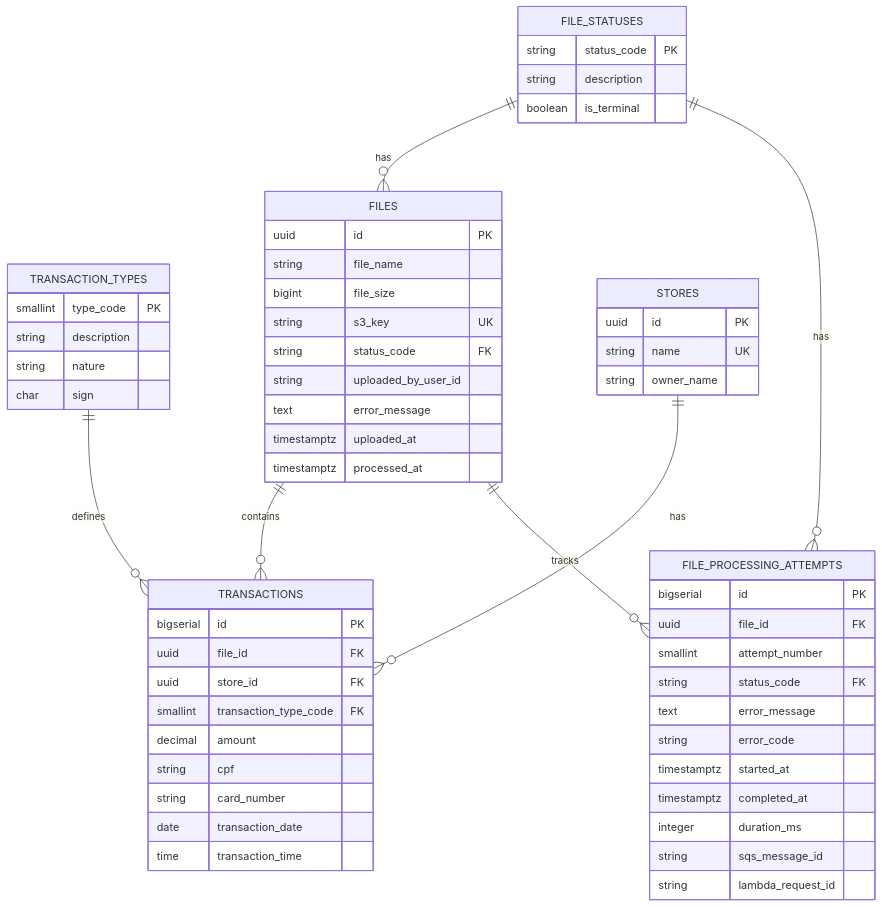
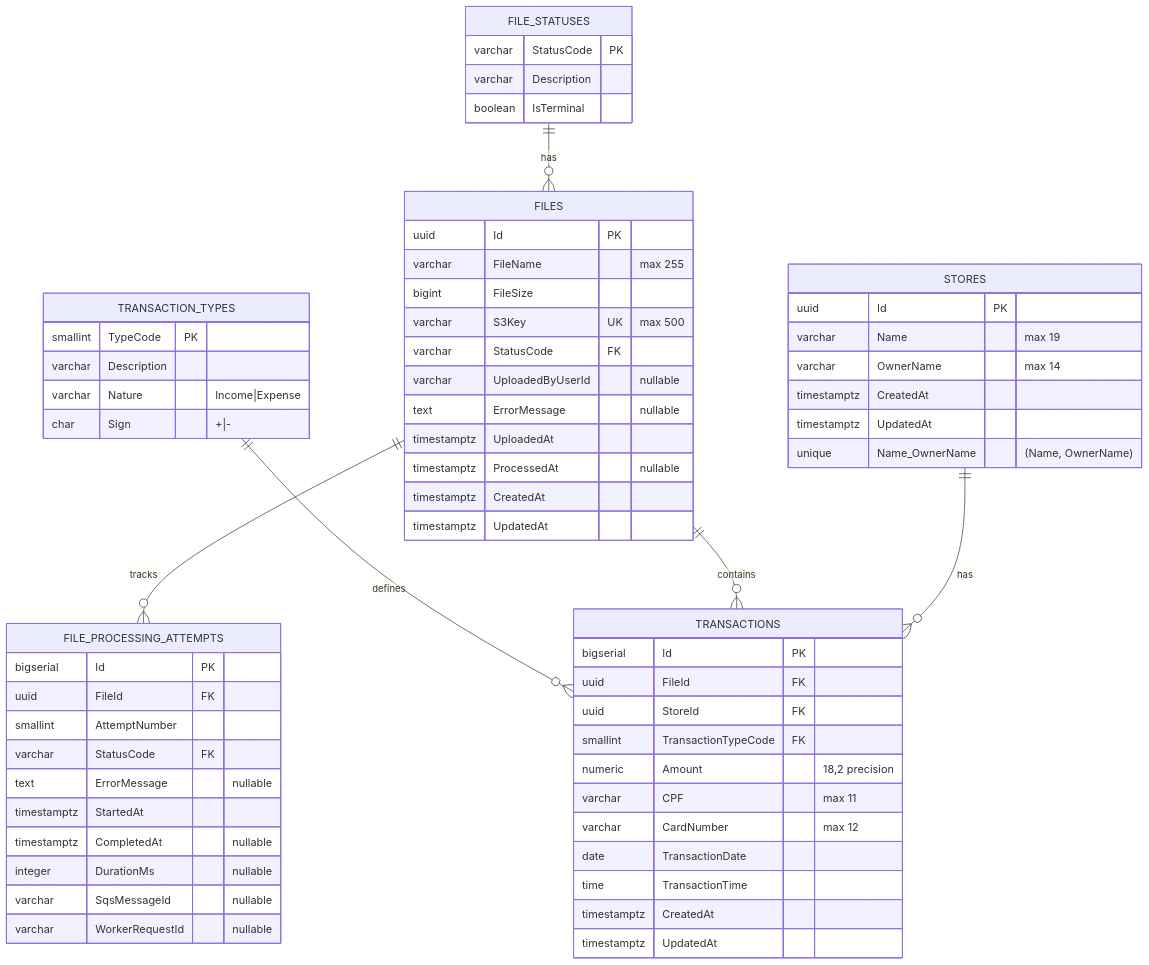
One commit to 1FabricioAntunes/backend-challenge changed the diagram in docs/database.md. Above: the diagram before and after it, drawn with Mermaid. The commit also changed other lines of this file, not shown here.

First line of the commit message:
docs: document database schema and relationships

````diff
--- a/docs/database.md
+++ b/docs/database.md
@@ -242,66 +107,71 @@
 ```mermaid
 erDiagram
     TRANSACTION_TYPES ||--o{ TRANSACTIONS : defines
     FILE_STATUSES ||--o{ FILES : has
-    FILE_STATUSES ||--o{ FILE_PROCESSING_ATTEMPTS : has
+    FILES ||--o{ FILE_PROCESSING_ATTEMPTS : tracks
     FILES ||--o{ TRANSACTIONS : contains
-    FILES ||--o{ FILE_PROCESSING_ATTEMPTS : tracks
     STORES ||--o{ TRANSACTIONS : has
     
     TRANSACTION_TYPES {
-        smallint type_code PK
-        string description
-        string nature
-        char sign
+        smallint TypeCode PK
+        varchar Description
+        varchar Nature "Income|Expense"
+        char Sign "+|-"
     }
-    
+
     FILE_STATUSES {
-        string status_code PK
-        string description
-        boolean is_terminal
+        varchar StatusCode PK
+        varchar Description
+        boolean IsTerminal
     }
-    
+
     FILES {
-        uuid id PK
-        string file_name
-        bigint file_size
-        string s3_key UK
-        string status_code FK
-        string uploaded_by_user_id
-        text error_message
-        timestamptz uploaded_at
-        timestamptz processed_at
+        uuid Id PK
+        varchar FileName "max 255"
+        bigint FileSize
+        varchar S3Key UK "max 500"
+        varchar StatusCode FK
+        varchar UploadedByUserId "nullable"
+        text ErrorMessage "nullable"
+        timestamptz UploadedAt
+        timestamptz ProcessedAt "nullable"
+        timestamptz CreatedAt
+        timestamptz UpdatedAt
     }
-    
+
     STORES {
-        uuid id PK
-        string name UK
-        string owner_name
+        uuid Id PK
+        varchar Name "max 19"
+        varchar OwnerName "max 14"
+        timestamptz CreatedAt
+        timestamptz UpdatedAt
+        unique Name_OwnerName "(Name, OwnerName)"
     }
-    
+
     TRANSACTIONS {
-        bigserial id PK
-        uuid file_id FK
-        uuid store_id FK
-        smallint transaction_type_code FK
-        decimal amount
-        string cpf
-        string card_number
-        date transaction_date
-        time transaction_time
+        bigserial Id PK
+        uuid FileId FK
+        uuid StoreId FK
+        smallint TransactionTypeCode FK
+        numeric Amount "18,2 precision"
+        varchar CPF "max 11"
+        varchar CardNumber "max 12"
+        date TransactionDate
+        time TransactionTime
+        timestamptz CreatedAt
+        timestamptz UpdatedAt
     }
-    
+
     FILE_PROCESSING_ATTEMPTS {
-        bigserial id PK
-        uuid file_id FK
-        smallint attempt_number
-        string status_code FK
-        text error_message
-        string error_code
-        timestamptz started_at
-        timestamptz completed_at
-        integer duration_ms
-        string sqs_message_id
-        string lambda_request_id
+        bigserial Id PK
+        uuid FileId FK
+        smallint AttemptNumber
+        varchar StatusCode FK
+        text ErrorMessage "nullable"
+        timestamptz StartedAt
+        timestamptz CompletedAt "nullable"
+        integer DurationMs "nullable"
+        varchar SqsMessageId "nullable"
+        varchar WorkerRequestId "nullable"
     }
 ```
````
